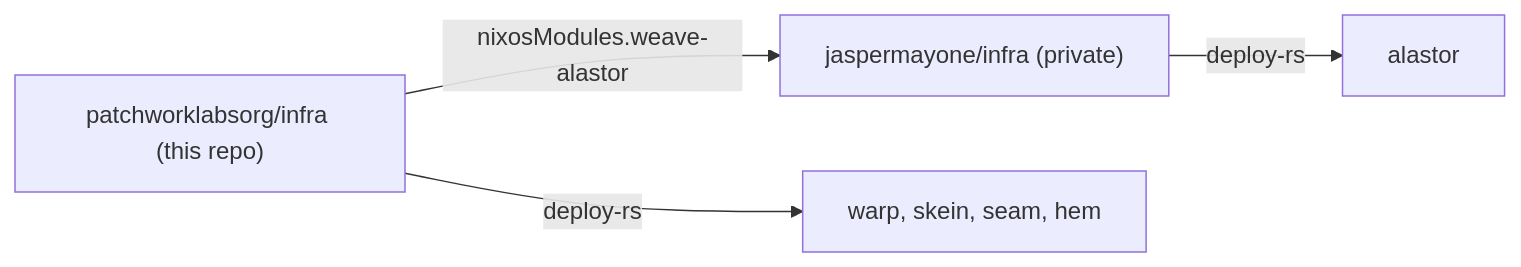
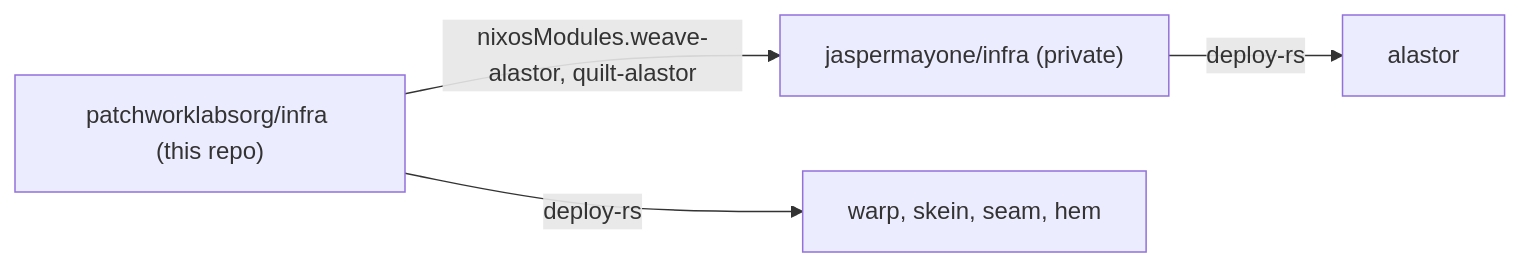
The second of 3 diagrams in README.md (patchworklabsorg/infra), drawn with Mermaid before and after one commit. The commit also changed other lines of this file and 7 other files, not shown here.

Commit message:
feat: run quilt on alastor

````diff
--- a/README.md
+++ b/README.md
@@ -90,8 +91,8 @@
 ```mermaid
 flowchart LR
   pinfra["patchworklabsorg/infra (this repo)"]
   jinfra["jaspermayone/infra (private)"]
-  pinfra -- "nixosModules.weave-alastor" --> jinfra
+  pinfra -- "nixosModules.weave-alastor, quilt-alastor" --> jinfra
   jinfra -- "deploy-rs" --> alastor
   pinfra -- "deploy-rs" --> lab["warp, skein, seam, hem"]
 ```
````
